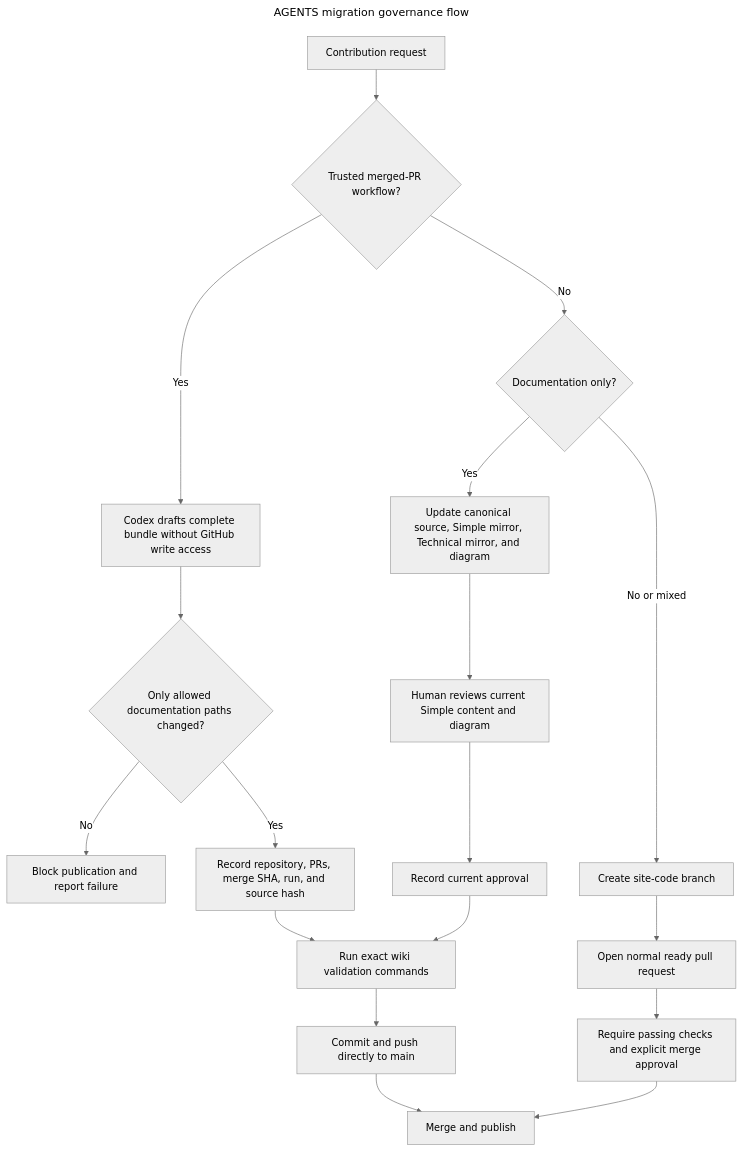
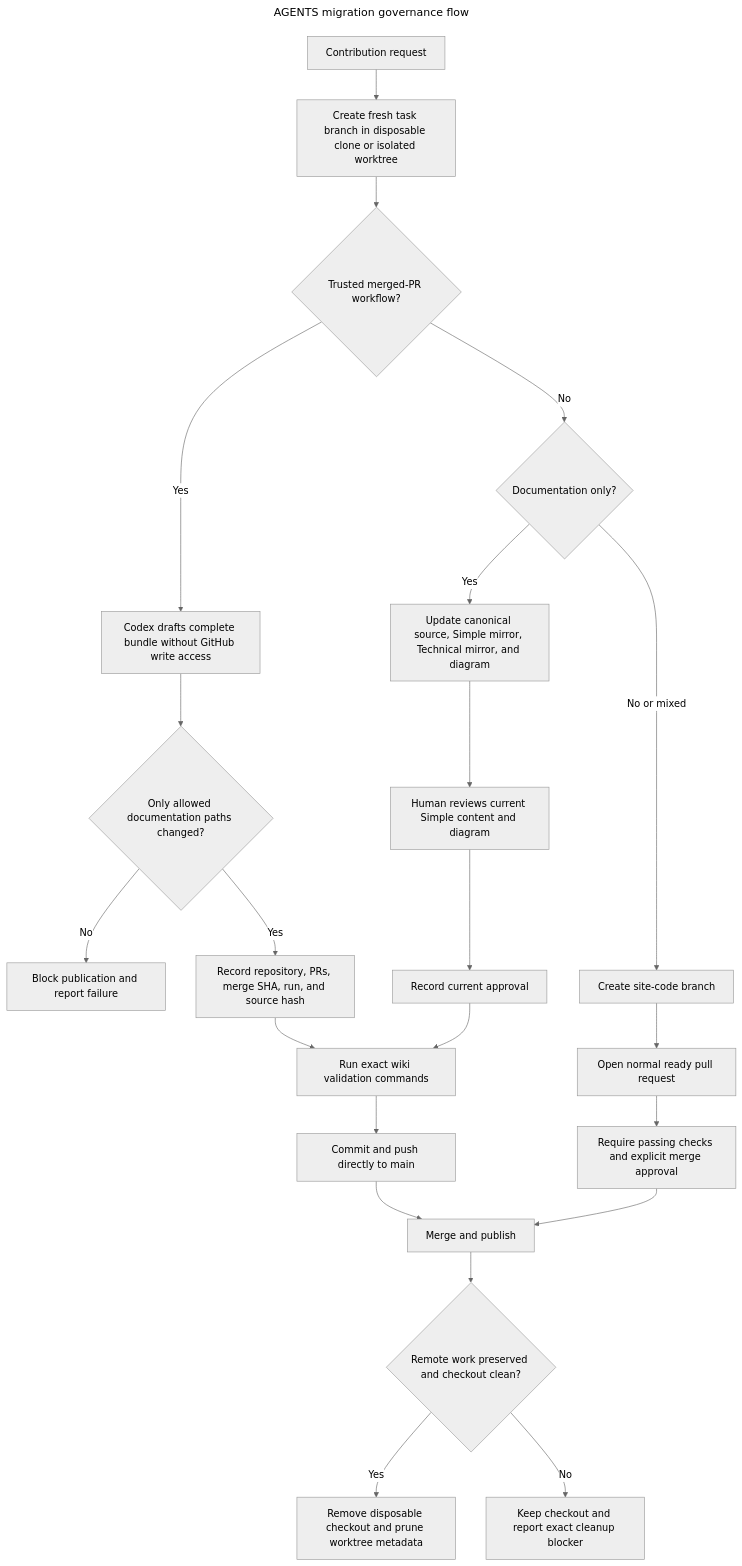
Before and after one commit to ramideltoro/nutsnews-docs: the diagram in diagrams/AGENTS.mmd, drawn with Mermaid (neutral theme). The commit also changed 3 other files, not shown here.

First line of the commit message:
Document isolated Git workflow and cleanup (#398)

```diff
--- a/diagrams/AGENTS.mmd
+++ b/diagrams/AGENTS.mmd
@@ -1,26 +1,30 @@
 ---
 title: AGENTS migration governance flow
 ---
 
 flowchart TD
   accTitle: AGENTS.md (Technical)
   accDescr {
-    A contribution is classified as manual documentation, merge-triggered documentation, or site-code work. Manual documentation receives human review. The merge workflow gives Codex no write token, rejects prohibited paths, records immutable merge provenance, and publishes only a complete validated bundle. Site-code or mixed work uses a checked and approved pull request.
+    Each contribution starts in a fresh task branch inside a disposable clone or isolated worktree. It is then classified as manual documentation, merge-triggered documentation, or site-code work. Manual documentation receives human review. The merge workflow publishes only a complete validated bundle. Site-code or mixed work uses an approved pull request. After publication, cleanup removes the disposable checkout only when remote work is preserved and the checkout is clean; otherwise it reports the blocker.
   }
-  request["Contribution request"] --> automated{"Trusted merged-PR workflow?"}
+  request["Contribution request"] --> checkout["Create fresh task branch in disposable clone or isolated worktree"]
+  checkout --> automated{"Trusted merged-PR workflow?"}
   automated -->|Yes| codex["Codex drafts complete bundle without GitHub write access"]
   codex --> boundary{"Only allowed documentation paths changed?"}
   boundary -->|No| incident["Block publication and report failure"]
   boundary -->|Yes| provenance["Record repository, PRs, merge SHA, run, and source hash"]
   provenance --> validate["Run exact wiki validation commands"]
   automated -->|No| classify{"Documentation only?"}
   classify -->|Yes| bundle["Update canonical source, Simple mirror, Technical mirror, and diagram"]
   bundle --> review["Human reviews current Simple content and diagram"]
   review --> approve["Record current approval"]
   approve --> validate
   validate --> direct["Commit and push directly to main"]
   classify -->|No or mixed| branch["Create site-code branch"]
   branch --> pr["Open normal ready pull request"]
   pr --> checks["Require passing checks and explicit merge approval"]
   checks --> publish["Merge and publish"]
   direct --> publish
+  publish --> safe{"Remote work preserved and checkout clean?"}
+  safe -->|Yes| cleanup["Remove disposable checkout and prune worktree metadata"]
+  safe -->|No| blocker["Keep checkout and report exact cleanup blocker"]
```
